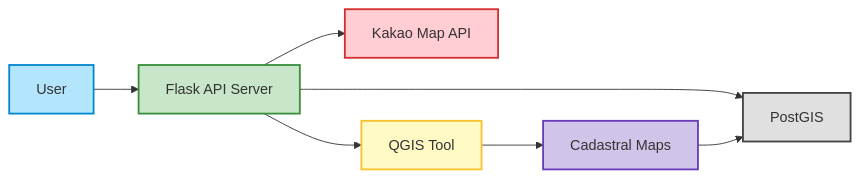
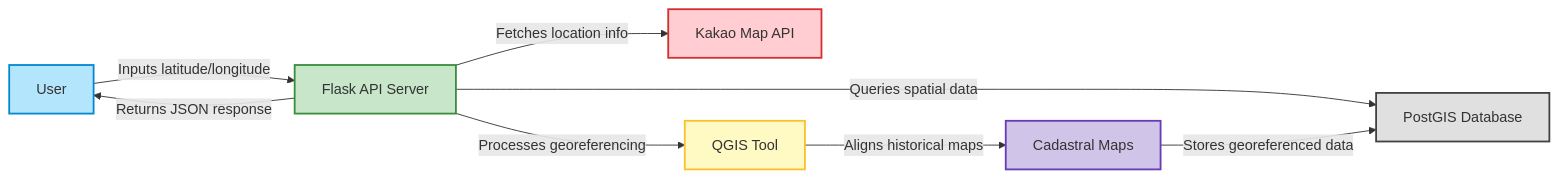
The diagram in Readme.md (JooEun-Jeong/map-api), drawn with Mermaid before and after one commit.

Commit message:
Update document: modify system architecture

````diff
--- a/Readme.md
+++ b/Readme.md
@@ -12,17 +12,18 @@
 ```mermaid
 graph LR
-    User[User] --> FlaskAPI[Flask API Server]
-    FlaskAPI --> PostGIS[PostGIS]
-    FlaskAPI --> KakaoAPI[Kakao Map API]
-    FlaskAPI --> QGIS[QGIS Tool]
-    QGIS --> CadastralMaps[Cadastral Maps]
-    CadastralMaps --> PostGIS
+    User[User] -->|Inputs latitude/longitude| FlaskAPI[Flask API Server]
+    FlaskAPI -->|Queries spatial data| PostGIS[PostGIS Database]
+    FlaskAPI -->|Fetches location info| KakaoAPI[Kakao Map API]
+    FlaskAPI -->|Processes georeferencing| QGIS[QGIS Tool]
+    QGIS -->|Aligns historical maps| CadastralMaps[Cadastral Maps]
+    CadastralMaps -->|Stores georeferenced data| PostGIS
+    FlaskAPI -->|Returns JSON response| User
 
     style User fill:#b3e5fc,stroke:#0288d1,stroke-width:2px
     style FlaskAPI fill:#c8e6c9,stroke:#388e3c,stroke-width:2px
     style PostGIS fill:#e0e0e0,stroke:#424242,stroke-width:2px
     style KakaoAPI fill:#ffcdd2,stroke:#d32f2f,stroke-width:2px
     style QGIS fill:#fff9c4,stroke:#fbc02d,stroke-width:2px
     style CadastralMaps fill:#d1c4e9,stroke:#673ab7,stroke-width:2px
 
 ```
````
